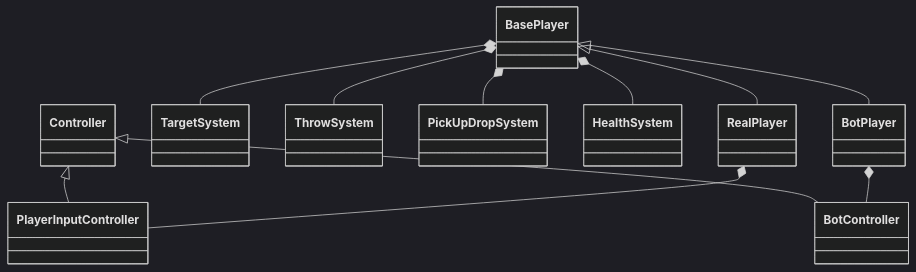
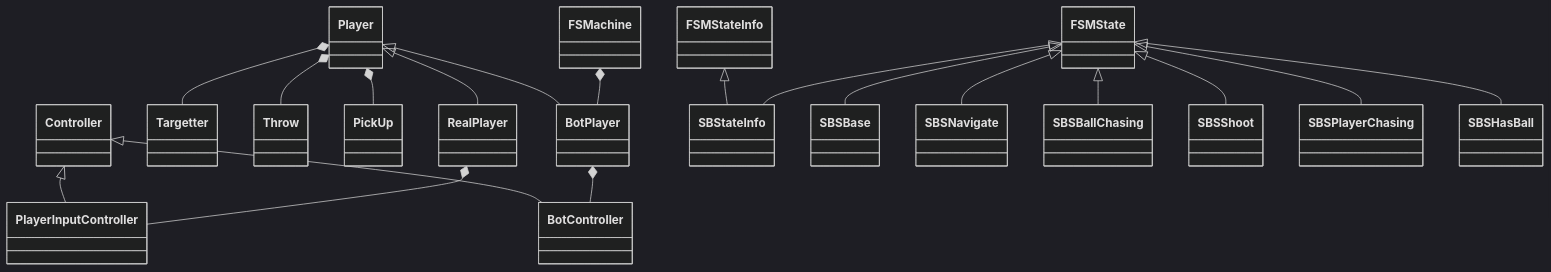
Before and after one commit to BrosDuCnam/Pobbop: the diagram in PlayerUML.md, drawn with Mermaid (dark theme).

`````diff
--- a/PlayerUML.md
+++ b/PlayerUML.md
@@ -1,16 +1,27 @@
 ````mermaid
 classDiagram
 Controller <|-- PlayerInputController
 Controller <|-- BotController
 
-BasePlayer *-- TargetSystem
-BasePlayer *-- ThrowSystem
-BasePlayer *-- PickUpDropSystem
-BasePlayer *-- HealthSystem
+Player *-- Targetter
+Player *-- Throw
+Player *-- PickUp
 
-BasePlayer <|-- RealPlayer
-BasePlayer <|-- BotPlayer
+Player <|-- RealPlayer
+Player <|-- BotPlayer
 
 RealPlayer *-- PlayerInputController
 BotPlayer *-- BotController
+
+FSMachine *-- BotPlayer
+
+FSMStateInfo <|-- SBStateInfo
+FSMState <|-- SBStateInfo
+
+FSMState <|-- SBSBase
+FSMState <|-- SBSNavigate
+FSMState <|-- SBSBallChasing
+FSMState <|-- SBSShoot
+FSMState <|-- SBSPlayerChasing
+FSMState <|-- SBSHasBall
 ````
`````
